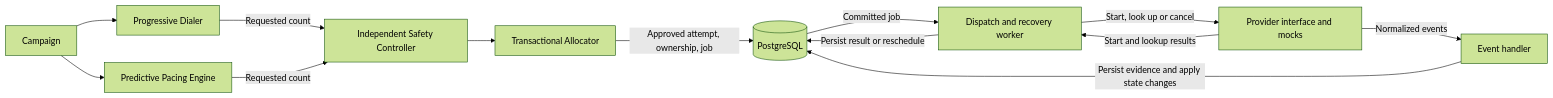
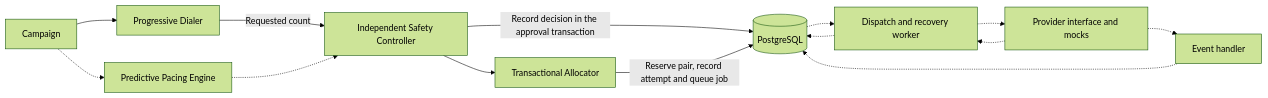
The diagram in docs/architecture.md (koushikwannabecoder/Smart-dialer), drawn with Mermaid (forest theme) before and after one commit. The commit also changed other lines of this file and 13 other files, not shown here.

````diff
--- a/docs/architecture.md
+++ b/docs/architecture.md
@@ -13,15 +15,16 @@
 ```mermaid
 flowchart LR
     Campaign --> Progressive[Progressive Dialer]
-    Campaign --> Predictive[Predictive Pacing Engine]
+    Campaign -.-> Predictive[Predictive Pacing Engine]
     Progressive -->|Requested count| Safety[Independent Safety Controller]
-    Predictive -->|Requested count| Safety
+    Predictive -.-> Safety
     Safety --> Allocator[Transactional Allocator]
-    Allocator -->|Approved attempt, ownership, job| DB[(PostgreSQL)]
-    DB -->|Committed job| Worker[Dispatch and recovery worker]
-    Worker -->|Start, look up or cancel| Provider[Provider interface and mocks]
-    Provider -->|Normalized events| Inbox[Event handler]
-    Inbox -->|Persist evidence and apply state changes| DB
-    Provider -->|Start and lookup results| Worker
-    Worker -->|Persist result or reschedule| DB
+    Safety -->|Record decision in the approval transaction| DB[(PostgreSQL)]
+    Allocator -->|Reserve pair, record attempt and queue job| DB
+    DB -.-> Worker[Dispatch and recovery worker]
+    Worker -.-> Provider[Provider interface and mocks]
+    Provider -.-> Inbox[Event handler]
+    Inbox -.-> DB
+    Provider -.-> Worker
+    Worker -.-> DB
 ```
````
